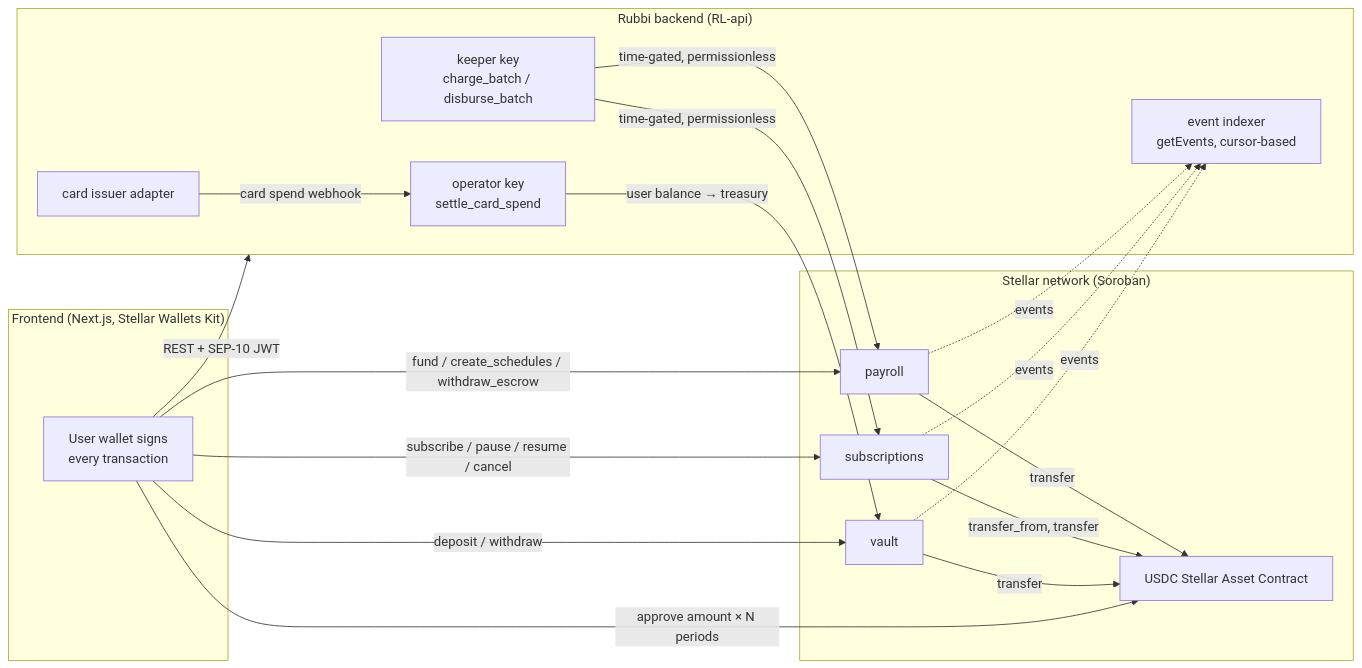
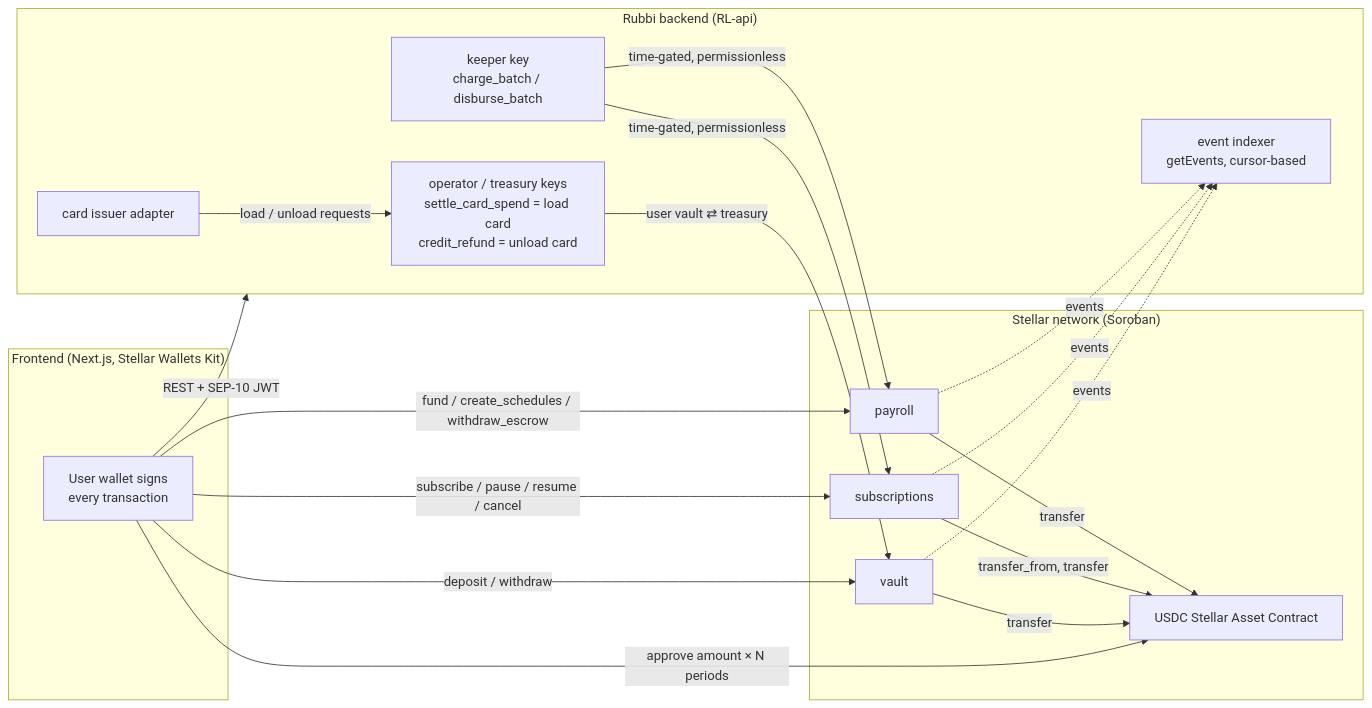
One commit to RubbiLabs/RL-smart-contracts changed the diagram in README.md. Above: the diagram before and after it, drawn with Mermaid. The commit also changed other lines of this file, not shown here.

Commit message:
docs(readme): describe card loads and unloads, add Drips Wave section

````diff
--- a/README.md
+++ b/README.md
@@ -42,39 +42,39 @@
 ```mermaid
 flowchart LR
   subgraph Client["Frontend (Next.js, Stellar Wallets Kit)"]
     FE[User wallet signs<br/>every transaction]
   end
 
   subgraph Stellar["Stellar network (Soroban)"]
     USDC[USDC Stellar Asset Contract]
     V[vault]
     S[subscriptions]
     P[payroll]
   end
 
   subgraph Backend["Rubbi backend (RL-api)"]
     KEEPER[keeper key<br/>charge_batch / disburse_batch]
-    OPERATOR[operator key<br/>settle_card_spend]
+    OPERATOR[operator / treasury keys<br/>settle_card_spend = load card<br/>credit_refund = unload card]
     INDEXER[event indexer<br/>getEvents, cursor-based]
     CARD[card issuer adapter]
   end
 
   FE -- deposit / withdraw --> V
   FE -- approve amount × N periods --> USDC
   FE -- subscribe / pause / resume / cancel --> S
   FE -- fund / create_schedules / withdraw_escrow --> P
   FE -- REST + SEP-10 JWT --> Backend
 
   V -- transfer --> USDC
   S -- transfer_from, transfer --> USDC
   P -- transfer --> USDC
 
   KEEPER -- time-gated, permissionless --> S
   KEEPER -- time-gated, permissionless --> P
-  CARD -- card spend webhook --> OPERATOR
-  OPERATOR -- user balance → treasury --> V
+  CARD -- load / unload requests --> OPERATOR
+  OPERATOR -- user vault ⇄ treasury --> V
 
   V -. events .-> INDEXER
   S -. events .-> INDEXER
   P -. events .-> INDEXER
 ```
````
